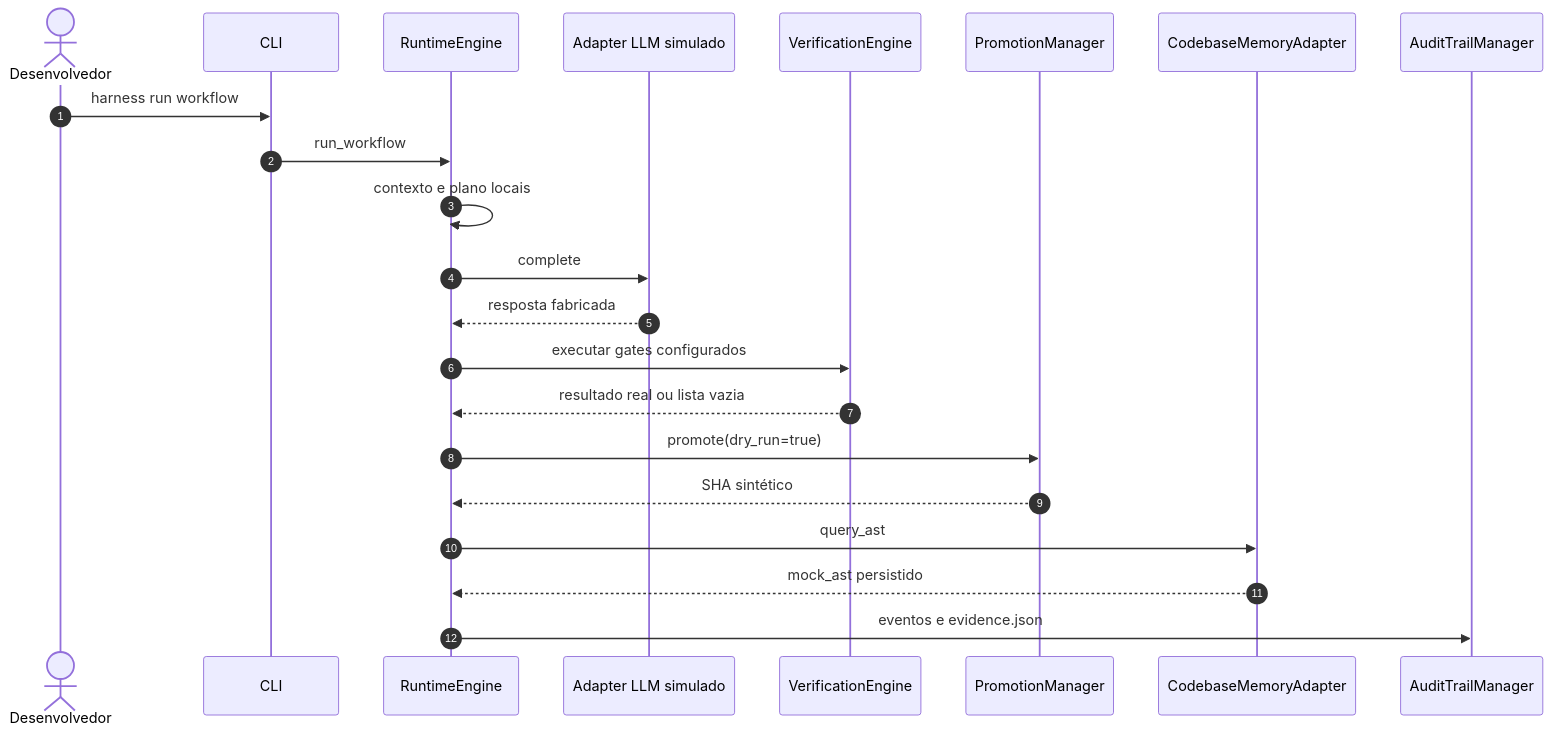
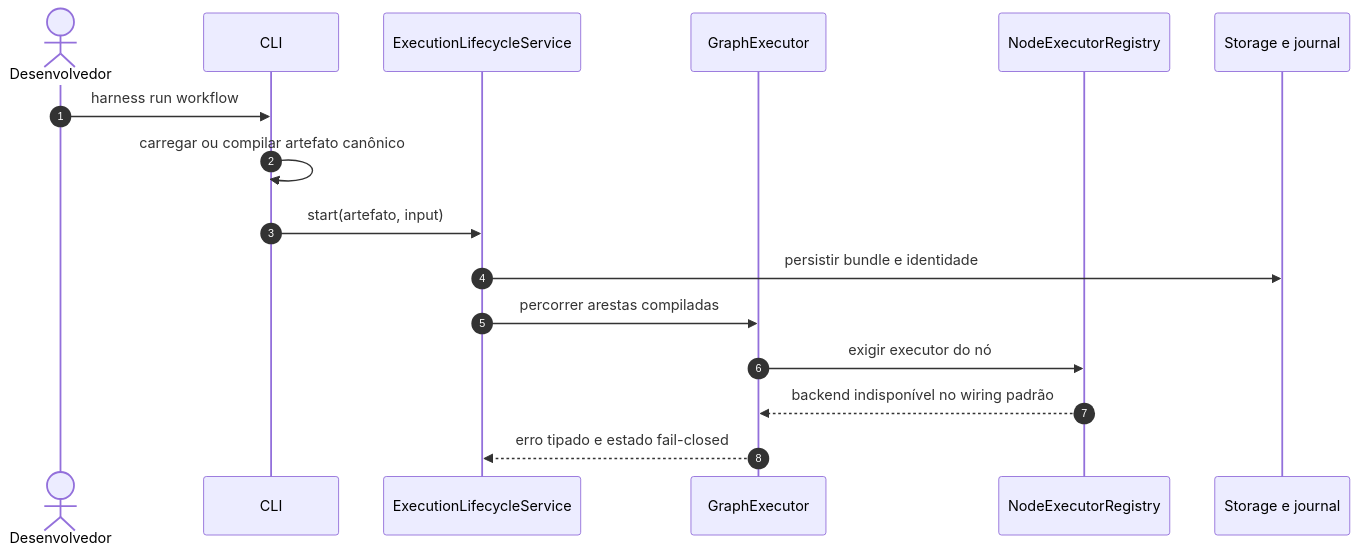
The first of 2 diagrams in docs/agentic_operating_model.md (Wf-ops1/xXHarnessinfraXx), drawn with Mermaid before and after one commit. The commit also changed other lines of this file and 11 other files, not shown here.

````diff
--- a/docs/agentic_operating_model.md
+++ b/docs/agentic_operating_model.md
@@ -11,25 +11,19 @@
 ```mermaid
 sequenceDiagram
     autonumber
     actor User as Desenvolvedor
     participant CLI as CLI
-    participant Engine as RuntimeEngine
-    participant Model as Adapter LLM simulado
-    participant Verify as VerificationEngine
-    participant Promo as PromotionManager
-    participant Memory as CodebaseMemoryAdapter
-    participant Audit as AuditTrailManager
+    participant Lifecycle as ExecutionLifecycleService
+    participant Graph as GraphExecutor
+    participant Registry as NodeExecutorRegistry
+    participant State as Storage e journal
 
     User->>CLI: harness run workflow
-    CLI->>Engine: run_workflow
-    Engine->>Engine: contexto e plano locais
-    Engine->>Model: complete
-    Model-->>Engine: resposta fabricada
-    Engine->>Verify: executar gates configurados
-    Verify-->>Engine: resultado real ou lista vazia
-    Engine->>Promo: promote(dry_run=true)
-    Promo-->>Engine: SHA sintético
-    Engine->>Memory: query_ast
-    Memory-->>Engine: mock_ast persistido
-    Engine->>Audit: eventos e evidence.json
+    CLI->>CLI: carregar ou compilar artefato canônico
+    CLI->>Lifecycle: start(artefato, input)
+    Lifecycle->>State: persistir bundle e identidade
+    Lifecycle->>Graph: percorrer arestas compiladas
+    Graph->>Registry: exigir executor do nó
+    Registry-->>Graph: backend indisponível no wiring padrão
+    Graph-->>Lifecycle: erro tipado e estado fail-closed
 ```
````
